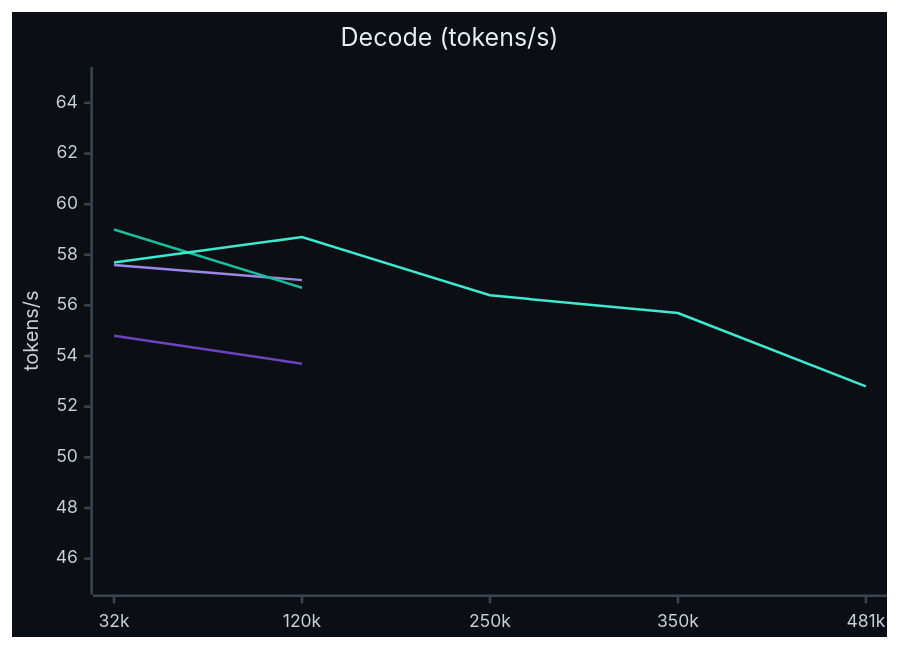
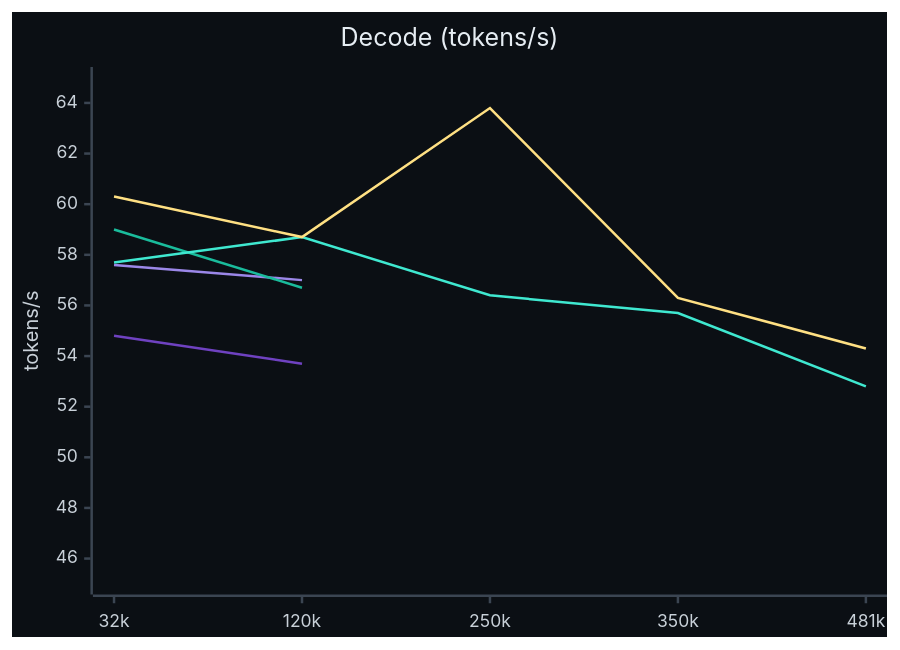
Before and after one commit to Cheblan/strixite: the second of 2 diagrams in README.md, drawn with Mermaid. The commit also changed other lines of this file, not shown here.

````diff
--- a/README.md
+++ b/README.md
@@ -41,11 +43,12 @@
 ```mermaid
-%%{init: {"theme": "base", "themeVariables": {"xyChart": {"backgroundColor": "#0b0f14", "titleColor": "#e6edf3", "xAxisLabelColor": "#c9d1d9", "yAxisLabelColor": "#c9d1d9", "xAxisTitleColor": "#c9d1d9", "yAxisTitleColor": "#c9d1d9", "xAxisLineColor": "#3b4552", "yAxisLineColor": "#3b4552", "xAxisTickColor": "#3b4552", "yAxisTickColor": "#3b4552", "plotColorPalette": "#6f42c1, #9b87e8, #1abc9c, #3fe8d0"}}}}%%
+%%{init: {"theme": "base", "themeVariables": {"xyChart": {"backgroundColor": "#0b0f14", "titleColor": "#e6edf3", "xAxisLabelColor": "#c9d1d9", "yAxisLabelColor": "#c9d1d9", "xAxisTitleColor": "#c9d1d9", "yAxisTitleColor": "#c9d1d9", "xAxisLineColor": "#3b4552", "yAxisLineColor": "#3b4552", "xAxisTickColor": "#3b4552", "yAxisTickColor": "#3b4552", "plotColorPalette": "#6f42c1, #9b87e8, #1abc9c, #3fe8d0, #ffe083"}}}}%%
 xychart-beta
     title "Decode (tokens/s)"
     x-axis ["32k", "120k", "250k", "350k", "481k"]
     y-axis "tokens/s" 45 --> 65
     line [54.8, 53.7]
     line [57.6, 57.0]
     line [59.0, 56.7]
     line [57.7, 58.7, 56.4, 55.7, 52.8]
+    line [60.3, 58.7, 63.8, 56.3, 54.3]
 ```
````
